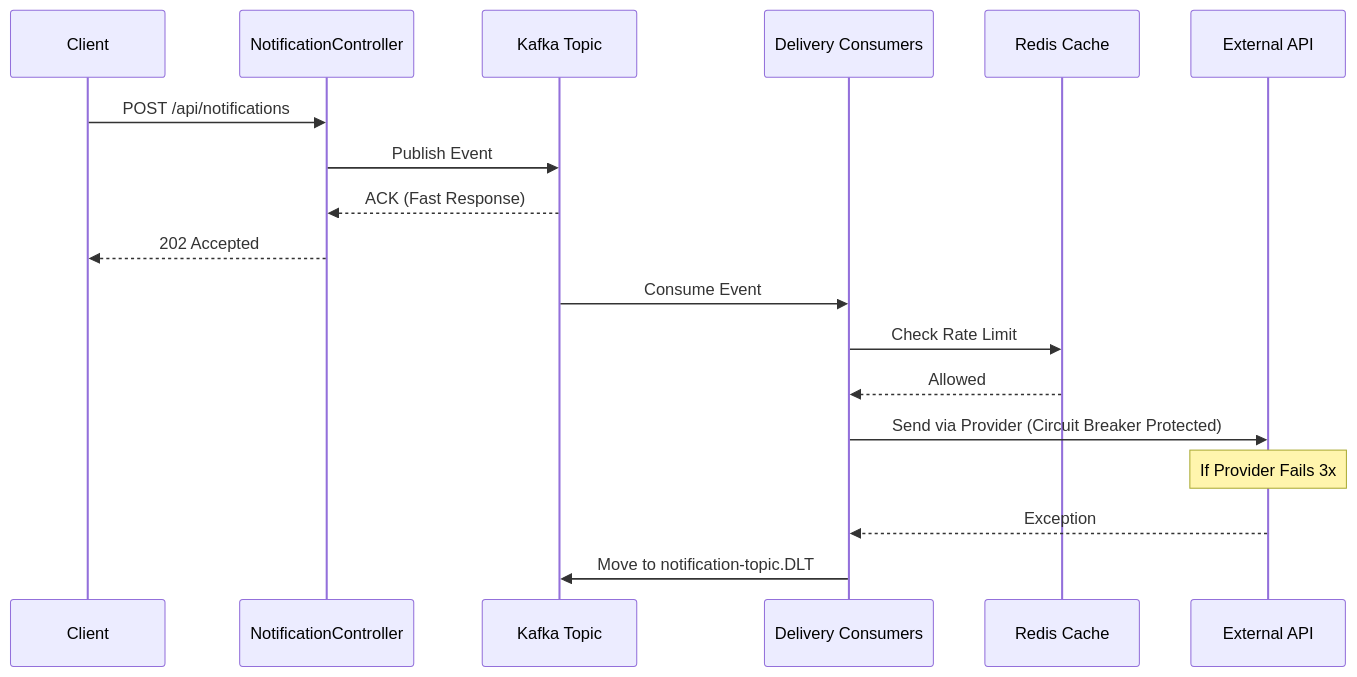
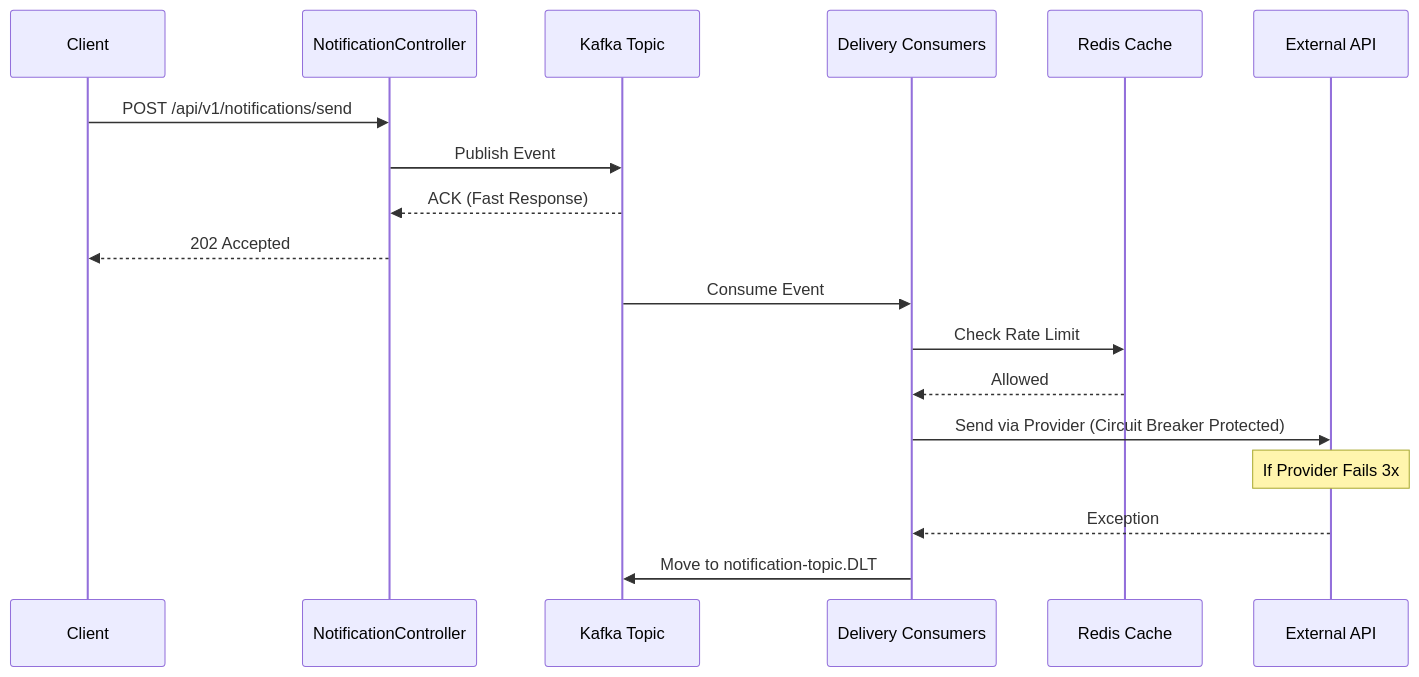
Before and after one commit to Nirmal-sarma/High-scale-notification-engine: the diagram in README.md, drawn with Mermaid. The commit also changed other lines of this file, not shown here.

First line of the commit message:
Revise API endpoint and enhance README documentation

````diff
--- a/README.md
+++ b/README.md
@@ -21,22 +21,22 @@
 ```mermaid
 sequenceDiagram
     participant Client
     participant API as NotificationController
     participant Kafka as Kafka Topic
     participant Consumer as Delivery Consumers
     participant Redis as Redis Cache
     participant Ext as External API
 
-    Client->>API: POST /api/notifications
+    Client->>API: POST /api/v1/notifications/send
     API->>Kafka: Publish Event
     Kafka-->>API: ACK (Fast Response)
     API-->>Client: 202 Accepted
 
     Kafka->>Consumer: Consume Event
     Consumer->>Redis: Check Rate Limit
     Redis-->>Consumer: Allowed
     Consumer->>Ext: Send via Provider (Circuit Breaker Protected)
     Note over Ext: If Provider Fails 3x
     Ext-->>Consumer: Exception
     Consumer->>Kafka: Move to notification-topic.DLT 
 ```
````
